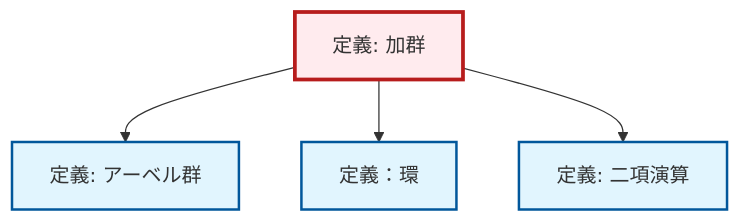
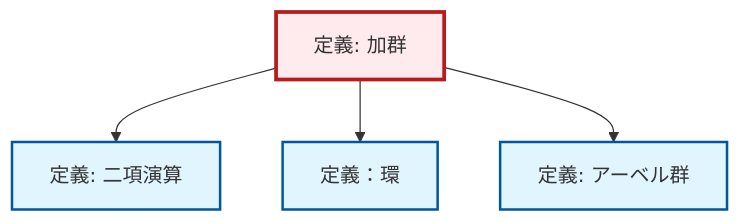
One commit to RK0429/ModernMath changed the diagram in content/ja/algebra/def-module.qmd. Above: the diagram before and after it, drawn with Mermaid. The commit also changed 672 other files, not shown here.

````diff
--- a/content/ja/algebra/def-module.qmd
+++ b/content/ja/algebra/def-module.qmd
@@ -56,20 +56,20 @@
 ```{mermaid}
-%%| fig-cap: "Local dependency graph"
+%%| fig-cap: "ローカル依存関係グラフ"
 graph TD
     classDef definition fill:#e1f5fe,stroke:#01579b,stroke-width:2px
     classDef theorem fill:#f3e5f5,stroke:#4a148c,stroke-width:2px
     classDef axiom fill:#fff3e0,stroke:#e65100,stroke-width:2px
     classDef example fill:#e8f5e9,stroke:#1b5e20,stroke-width:2px
     classDef current fill:#ffebee,stroke:#b71c1c,stroke-width:3px
+    def-module["定義: 加群"]:::definition
+    def-ring["定義：環"]:::definition
     def-abelian-group["定義: アーベル群"]:::definition
     def-binary-operation["定義: 二項演算"]:::definition
-    def-module["定義: 加群"]:::definition
-    def-ring["定義：環"]:::definition
+    def-module --> def-binary-operation
+    def-module --> def-ring
     def-module --> def-abelian-group
-    def-module --> def-ring
-    def-module --> def-binary-operation
     class def-module current
+    click def-ring "def-ring.html" "定義：環へ"
     click def-abelian-group "def-abelian-group.html" "アーベル群の定義へ"
     click def-binary-operation "def-binary-operation.html" "二項演算の定義へ"
-    click def-ring "def-ring.html" "定義：環へ"
 ```
````
